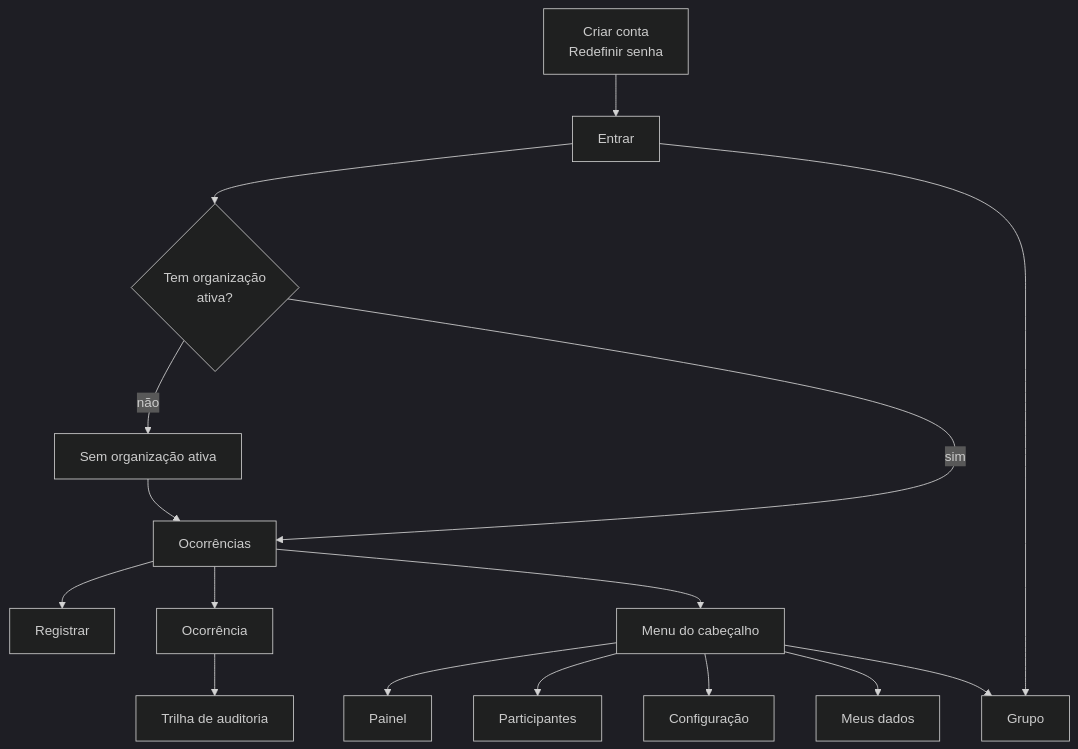
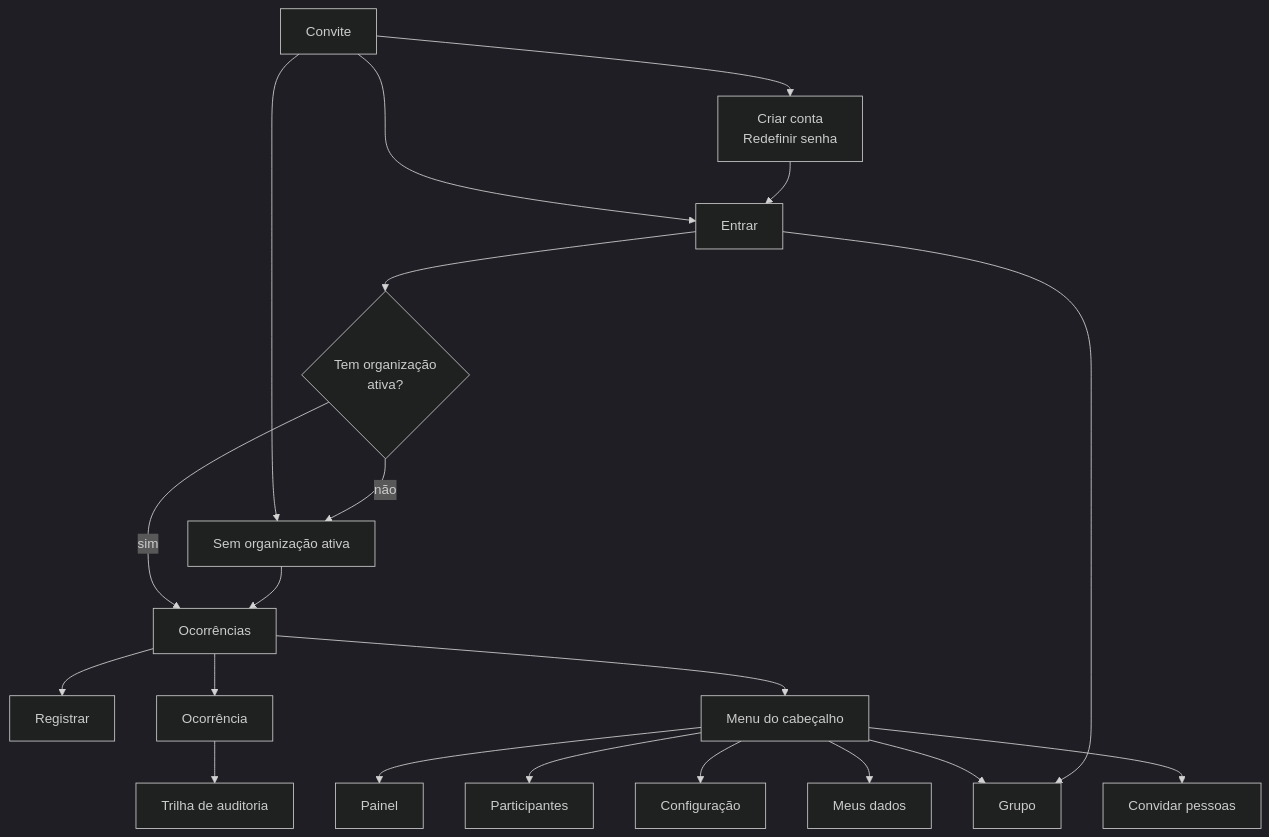
One commit to natanjunior/8FSDT-Hackathon changed the diagram in docs/telas.md. Above: the diagram before and after it, drawn with Mermaid (dark theme). The commit also changed other lines of this file and 14 other files, not shown here.

````diff
--- a/docs/telas.md
+++ b/docs/telas.md
@@ -39,33 +41,39 @@
 ```mermaid
 flowchart TB
     CONTA["Criar conta<br/>Redefinir senha"]
     ENTRAR["Entrar"]
     CTX{"Tem organização<br/>ativa?"}
     ORG["Sem organização ativa"]
     LISTA["Ocorrências"]
     NOVA["Registrar"]
     DETALHE["Ocorrência"]
     TRILHA["Trilha de auditoria"]
     MENU["Menu do cabeçalho"]
     PAINEL["Painel"]
     GENTE["Participantes"]
     CONFIG["Configuração"]
     MEUS["Meus dados"]
     GRUPO["Grupo"]
+    CONVITE["Convite"]
+    CONVIDAR["Convidar pessoas"]
 
     CONTA --> ENTRAR
     ENTRAR --> CTX
     CTX -->|não| ORG
     ORG --> LISTA
     CTX -->|sim| LISTA
     LISTA --> NOVA
     LISTA --> DETALHE
     DETALHE --> TRILHA
     LISTA --> MENU
     MENU --> PAINEL
     MENU --> GENTE
     MENU --> CONFIG
     MENU --> MEUS
     ENTRAR --> GRUPO
     MENU --> GRUPO
+    CONVITE --> CONTA
+    CONVITE --> ENTRAR
+    CONVITE --> ORG
+    MENU --> CONVIDAR
 ```
````
